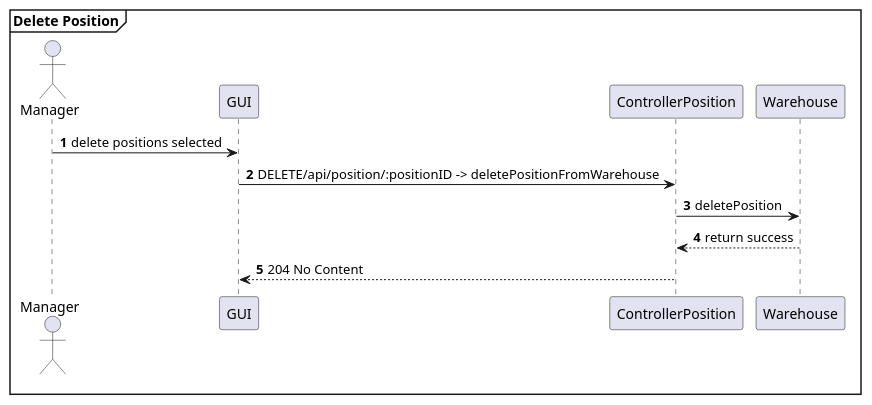
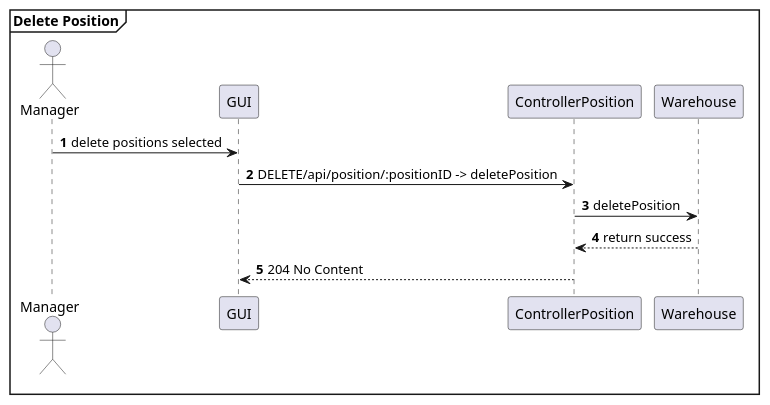
One commit to AlexZampa/EzWh changed the ninth of 30 diagrams in DesignDocument.md. Above: the diagram before and after it, drawn with PlantUML. The commit also changed other lines of this file, not shown here.

````diff
--- a/DesignDocument.md
+++ b/DesignDocument.md
@@ -746,16 +599,16 @@
 ```plantuml
 mainframe **Delete Position**
 actor Manager
 participant GUI
 participant ControllerPosition
 participant Warehouse
 
 autonumber
 Manager -> GUI : delete positions selected
-GUI -> ControllerPosition : DELETE/api/position/:positionID -> deletePositionFromWarehouse
+GUI -> ControllerPosition : DELETE/api/position/:positionID -> deletePosition
 ControllerPosition -> Warehouse : deletePosition
 ControllerPosition <-- Warehouse : return success
 GUI <-- ControllerPosition : 204 No Content
 
 @enduml
 ```
````
